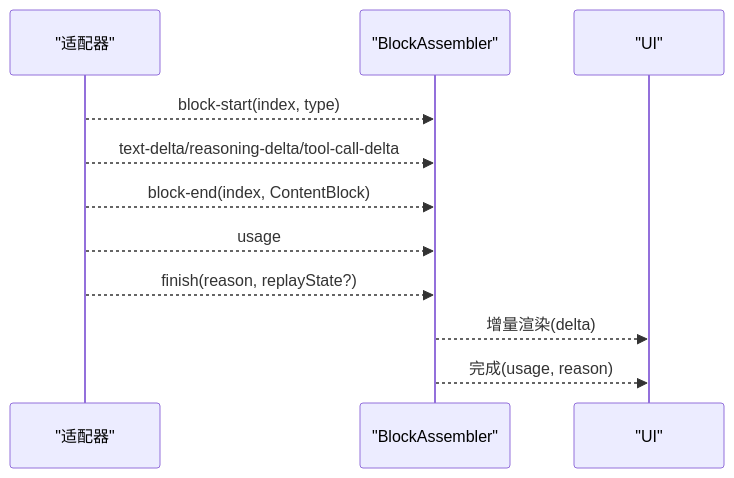
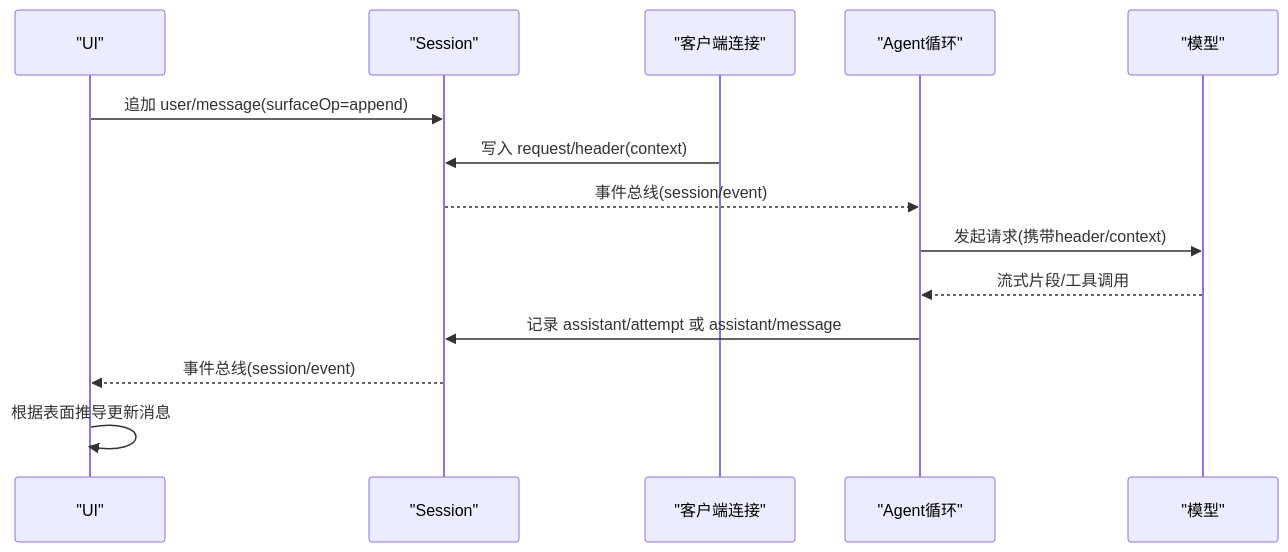
One commit to frendyxzc/deepseek-harness changed the sixth of 7 diagrams in .qoder/repowiki/zh/content/架构设计/数据流设计.md. Above: the diagram before and after it, drawn with Mermaid. The commit also changed other lines of this file and 448 other files, not shown here.

````diff
--- a/.qoder/repowiki/zh/content/架构设计/数据流设计.md
+++ b/.qoder/repowiki/zh/content/架构设计/数据流设计.md
@@ -185,13 +201,16 @@
 ```mermaid
 sequenceDiagram
-participant A as "适配器"
-participant AS as "BlockAssembler"
 participant UI as "UI"
-A-->>AS : block-start(index, type)
-A-->>AS : text-delta/reasoning-delta/tool-call-delta
-A-->>AS : block-end(index, ContentBlock)
-A-->>AS : usage
-A-->>AS : finish(reason, replayState?)
-AS-->>UI : 增量渲染(delta)
-AS-->>UI : 完成(usage, reason)
+participant S as "Session"
+participant CL as "客户端连接"
+participant AL as "Agent循环"
+participant L as "模型"
+UI->>S : 追加 user/message(surfaceOp=append)
+CL->>S : 写入 request/header(context)
+S-->>AL : 事件总线(session/event)
+AL->>L : 发起请求(携带header/context)
+L-->>AL : 流式片段/工具调用
+AL->>S : 记录 assistant/attempt 或 assistant/message
+S-->>UI : 事件总线(session/event)
+UI->>UI : 根据表面推导更新消息
 ```
````
